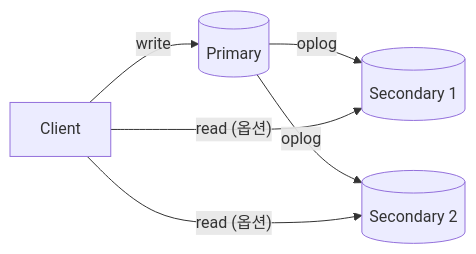
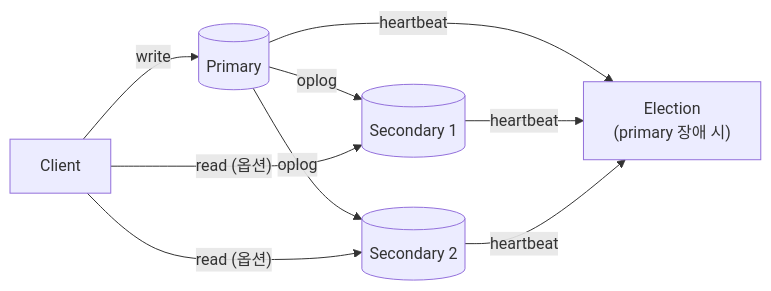
One commit to shinkeonkim/shinkeonkim.github.io changed the fourth of 6 diagrams in src/content/wiki/database-internals/mongodb.mdx. Above: the diagram before and after it, drawn with Mermaid. The commit also changed other lines of this file and 526 other files, not shown here.

First line of the commit message:
content(wiki): 전수조사 및 대규모 보강 (짧은 파일 0, mermaid +645)

````diff
--- a/src/content/wiki/database-internals/mongodb.mdx
+++ b/src/content/wiki/database-internals/mongodb.mdx
@@ -63,8 +128,9 @@
 ```mermaid
 flowchart LR
-    P[(Primary)] -->|oplog| S1[(Secondary 1)]
-    P -->|oplog| S2[(Secondary 2)]
+    P[("Primary")] -->|oplog| S1[("Secondary 1")]
+    P -->|oplog| S2[("Secondary 2")]
     Client -->|write| P
     Client -->|"read (옵션)"| S1
     Client -->|"read (옵션)"| S2
+    P & S1 & S2 -->|heartbeat| Election["Election<br/>(primary 장애 시)"]
 ```
````
